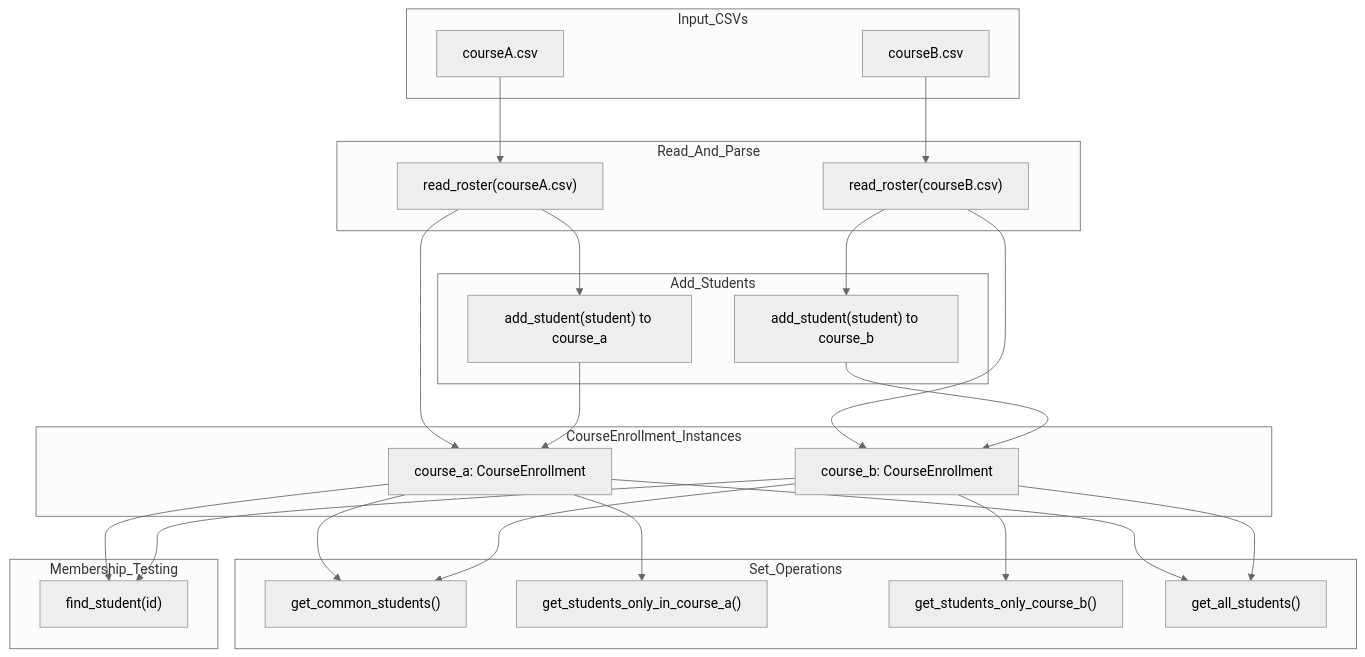
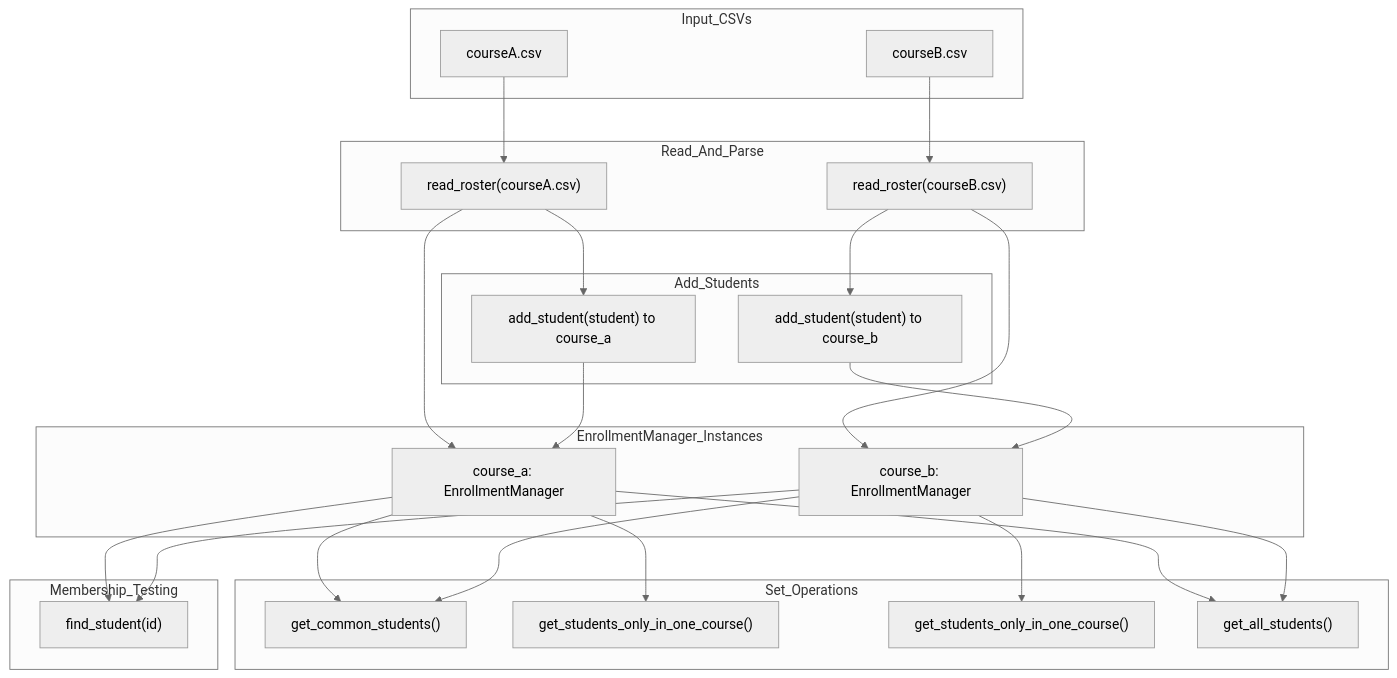
The second of 2 diagrams in design.md (timothysanders/cs-034-lab-12), drawn with Mermaid (neutral theme) before and after one commit. The commit also changed other lines of this file, not shown here.

````diff
--- a/design.md
+++ b/design.md
@@ -58,50 +58,50 @@
 ```mermaid
 flowchart TD
     subgraph Input_CSVs
         A1[courseA.csv]
         A2[courseB.csv]
     end
 
-    subgraph CourseEnrollment_Instances
-        B1[course_a: CourseEnrollment]
-        B2[course_b: CourseEnrollment]
+    subgraph EnrollmentManager_Instances
+        B1[course_a: EnrollmentManager]
+        B2[course_b: EnrollmentManager]
     end
 
     subgraph Read_And_Parse
         C1["read_roster(courseA.csv)"]
         C2["read_roster(courseB.csv)"]
     end
 
     subgraph Add_Students
         D1["add_student(student) to course_a"]
         D2["add_student(student) to course_b"]
     end
 
     subgraph Set_Operations
         E1["get_common_students()"]
-        E2["get_students_only_in_course_a()"]
-        E3["get_students_only_course_b()"]
+        E2["get_students_only_in_one_course()"]
+        E3["get_students_only_in_one_course()"]
         E4["get_all_students()"]
     end
 
     subgraph Membership_Testing
         F1["find_student(id)"]
     end
 
     A1 --> C1 --> B1
     A2 --> C2 --> B2
     C1 --> D1
     C2 --> D2
     D1 --> B1
     D2 --> B2
 
     B1 --> E1
     B2 --> E1
     B1 --> E2
     B2 --> E3
     B1 --> E4
     B2 --> E4
 
     B1 --> F1
     B2 --> F1
 ```
````
